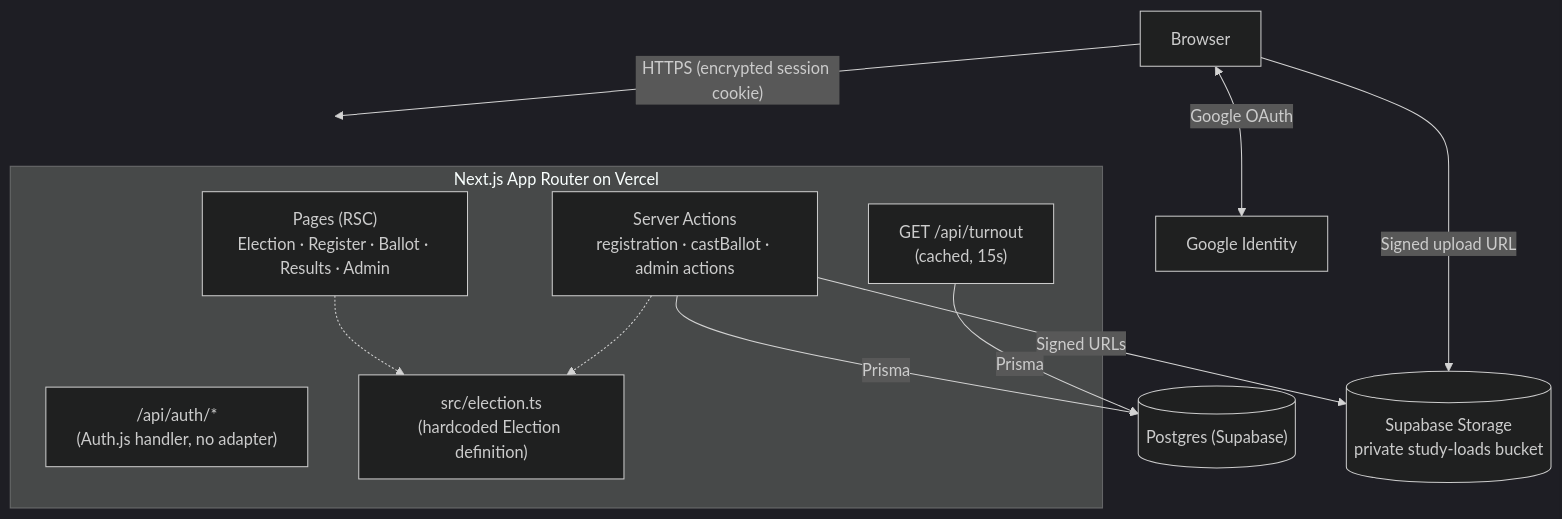
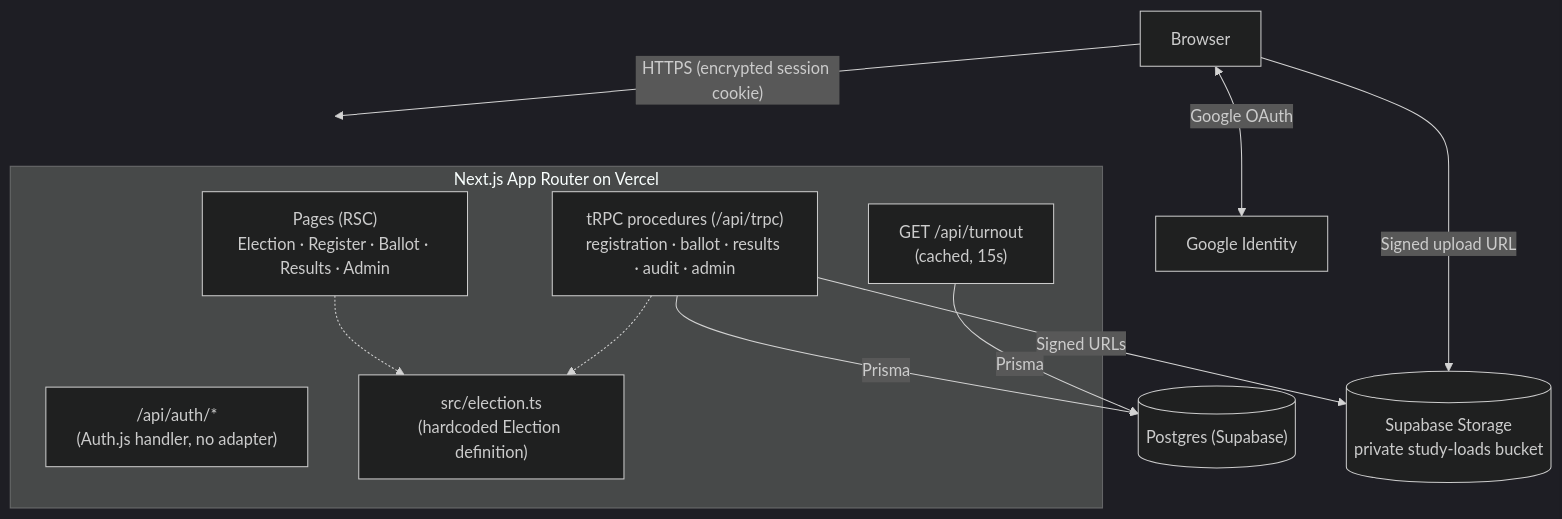
Before and after one commit to todayscarolinian/comelec-elections: the diagram in docs/software-design.md, drawn with Mermaid (dark theme). The commit also changed other lines of this file and 11 other files, not shown here.

````diff
--- a/docs/software-design.md
+++ b/docs/software-design.md
@@ -13,25 +13,25 @@
 ```mermaid
 flowchart TB
     Browser["Browser"]
     Google["Google Identity"]
 
     subgraph App["Next.js App Router on Vercel"]
         Pages["Pages (RSC)<br/>Election · Register · Ballot · Results · Admin"]
-        Actions["Server Actions<br/>registration · castBallot · admin actions"]
+        Actions["tRPC procedures (/api/trpc)<br/>registration · ballot · results · audit · admin"]
         Turnout["GET /api/turnout<br/>(cached, 15s)"]
         Auth["/api/auth/*<br/>(Auth.js handler, no adapter)"]
         Config["src/election.ts<br/>(hardcoded Election definition)"]
     end
 
     DB[("Postgres (Supabase)")]
     Storage[("Supabase Storage<br/>private study-loads bucket")]
 
     Browser <-->|Google OAuth| Google
     Browser -->|"HTTPS (encrypted session cookie)"| App
     Browser -->|"Signed upload URL"| Storage
     Actions -->|Prisma| DB
     Actions -->|"Signed URLs"| Storage
     Turnout -->|Prisma| DB
     Pages -.-> Config
     Actions -.-> Config
 ```
````
